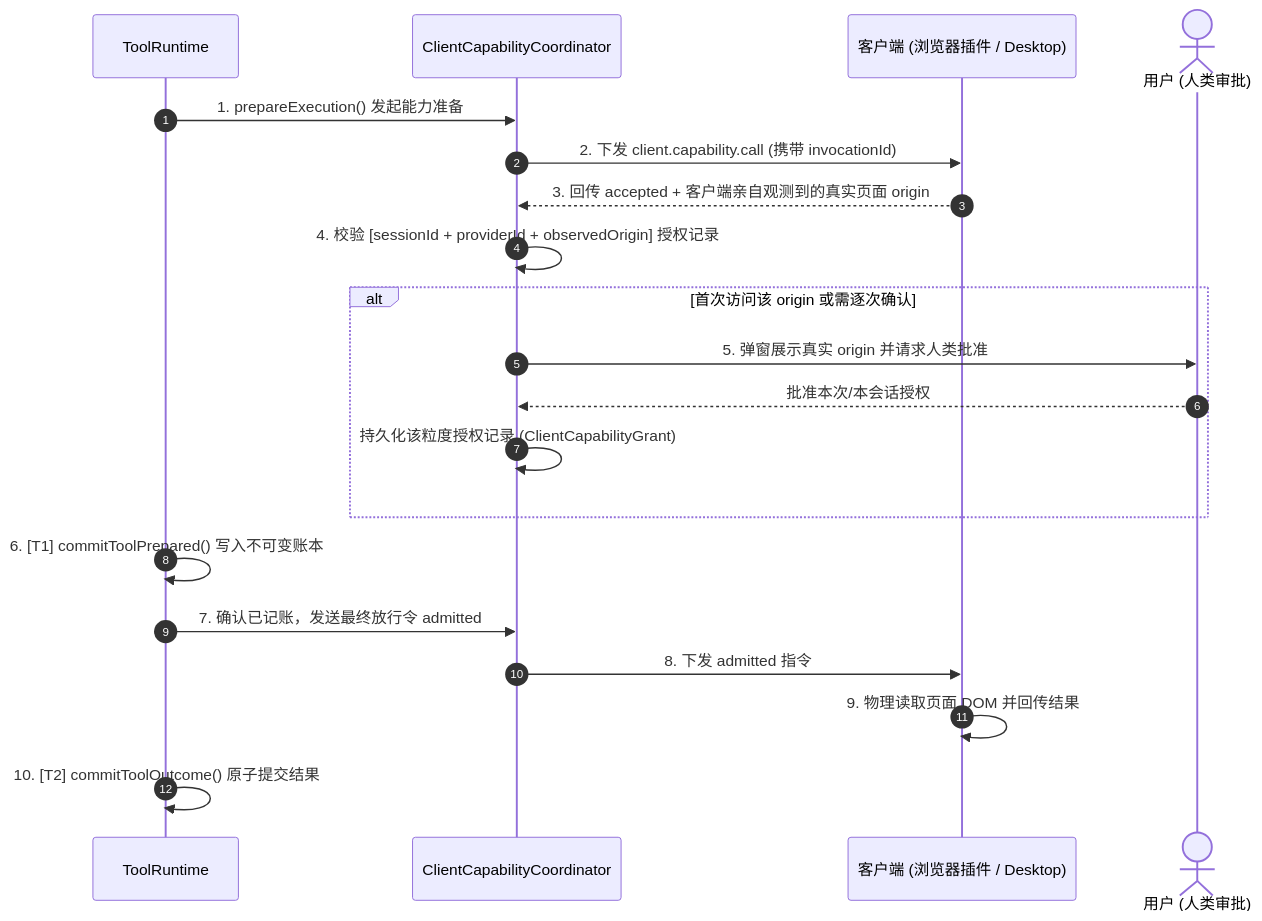
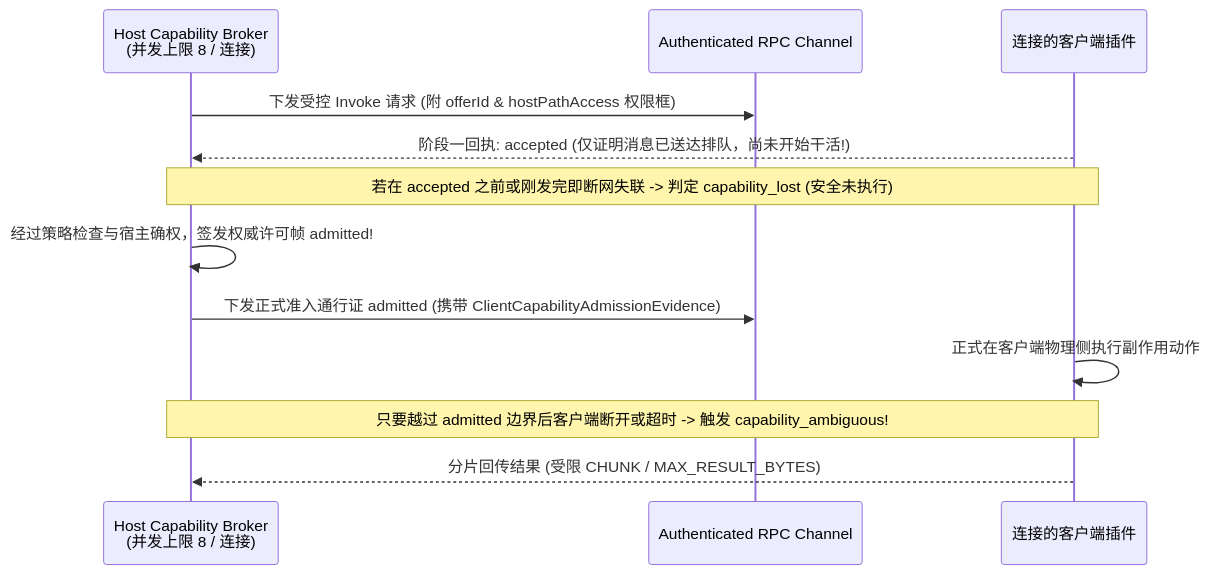
The second of 2 diagrams in maka-agent-infra/03-tools/mcp-and-client-capabilities.md (suger-m/agent-infrastructure-docs), drawn with Mermaid before and after one commit. The commit also changed other lines of this file and 33 other files, not shown here.

Commit message:
docs(ts): overhaul all 32 TS architecture chapters in razor-sharp microkernel style & polish Rust foundations

````diff
--- a/maka-agent-infra/03-tools/mcp-and-client-capabilities.md
+++ b/maka-agent-infra/03-tools/mcp-and-client-capabilities.md
@@ -77,25 +39,15 @@
 ```mermaid
 sequenceDiagram
-    autonumber
-    participant TR as ToolRuntime
-    participant Coord as ClientCapabilityCoordinator
-    participant Client as 客户端 (浏览器插件 / Desktop)
-    actor User as 用户 (人类审批)
+    participant Broker as Host Capability Broker<br/>(并发上限 8 / 连接)
+    participant Wire as Authenticated RPC Channel
+    participant Client as 连接的客户端插件
 
-    TR->>Coord: 1. prepareExecution() 发起能力准备
-    Coord->>Client: 2. 下发 client.capability.call (携带 invocationId)
-    Client-->>Coord: 3. 回传 accepted + 客户端亲自观测到的真实页面 origin
-    
-    Coord->>Coord: 4. 校验 [sessionId + providerId + observedOrigin] 授权记录
-    alt 首次访问该 origin 或需逐次确认
-        Coord->>User: 5. 弹窗展示真实 origin 并请求人类批准
-        User-->>Coord: 批准本次/本会话授权
-        Coord->>Coord: 持久化该粒度授权记录 (ClientCapabilityGrant)
-    end
-
-    TR->>TR: 6. [T1] commitToolPrepared() 写入不可变账本
-    TR->>Coord: 7. 确认已记账，发送最终放行令 admitted
-    Coord->>Client: 8. 下发 admitted 指令
-    Client->>Client: 9. 物理读取页面 DOM 并回传结果
-    TR->>TR: 10. [T2] commitToolOutcome() 原子提交结果
+    Broker->>Wire: 下发受控 Invoke 请求 (附 offerId & hostPathAccess 权限框)
+    Client-->>Broker: 阶段一回执: accepted (仅证明消息已送达排队，尚未开始干活!)
+    Note over Broker,Client: 若在 accepted 之前或刚发完即断网失联 -> 判定 capability_lost (安全未执行)
+    Broker->>Broker: 经过策略检查与宿主确权，签发权威许可帧 admitted!
+    Broker->>Wire: 下发正式准入通行证 admitted (携带 ClientCapabilityAdmissionEvidence)
+    Client->>Client: 正式在客户端物理侧执行副作用动作
+    Note over Broker,Client: 只要越过 admitted 边界后客户端断开或超时 -> 触发 capability_ambiguous!
+    Client-->>Broker: 分片回传结果 (受限 CHUNK / MAX_RESULT_BYTES)
 ```
````
